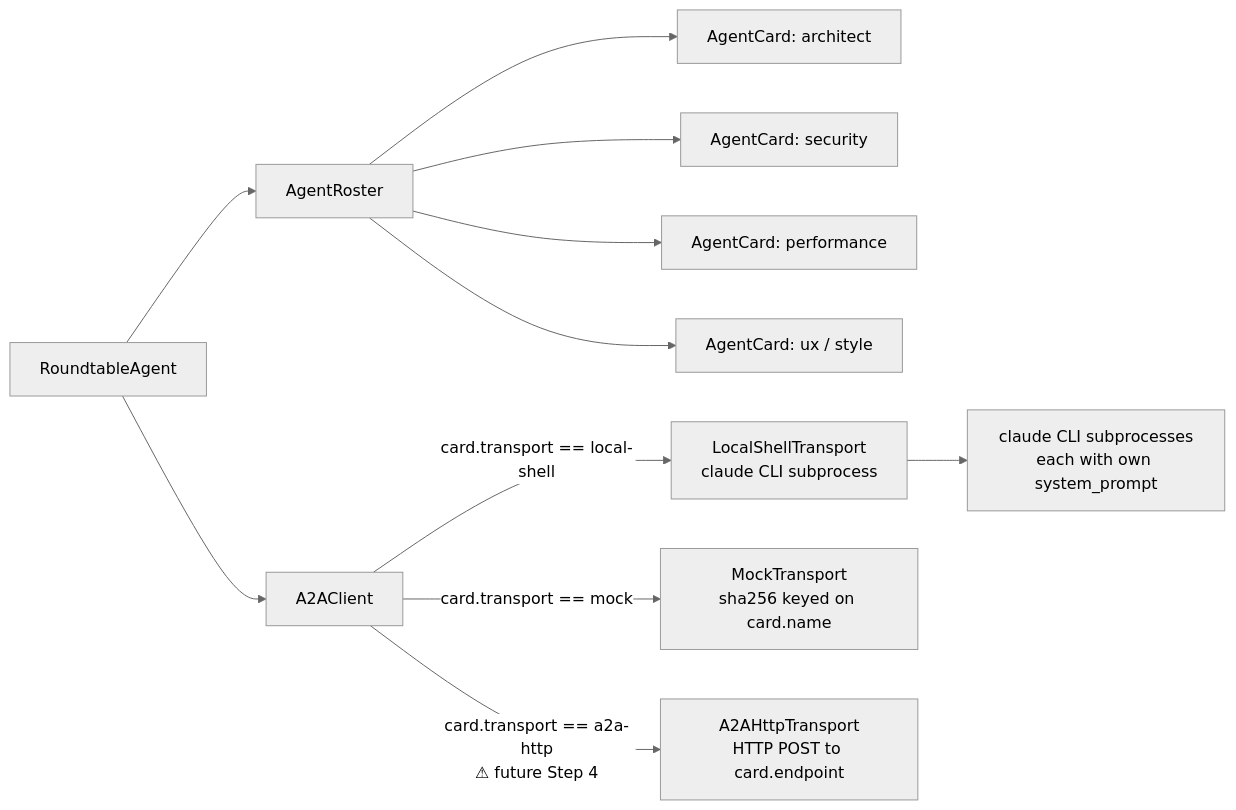
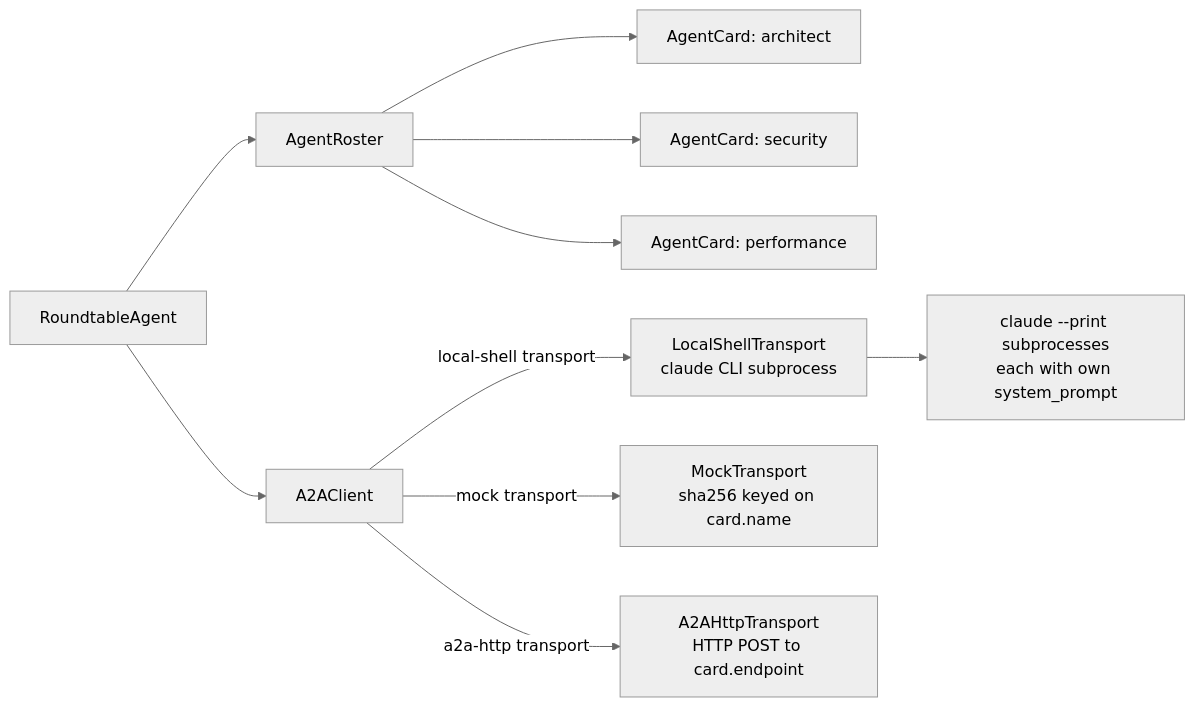
The diagram in docs/architecture.md (merchloubna70-dot/autodev-ai), drawn with Mermaid (neutral theme) before and after one commit. The commit also changed other lines of this file and 10 other files, not shown here.

Commit message:
docs: quickstart + 7 tutorials + architecture + faq + reworked README

````diff
--- a/docs/architecture.md
+++ b/docs/architecture.md
@@ -76,14 +241,13 @@
 ```mermaid
 flowchart LR
   RT[RoundtableAgent]
   RT --> AR[AgentRoster]
   AR --> C1[AgentCard: architect]
   AR --> C2[AgentCard: security]
   AR --> C3[AgentCard: performance]
-  AR --> C4[AgentCard: ux / style]
   RT --> AC[A2AClient]
-  AC -->|card.transport == local-shell| LS[LocalShellTransport\nclaude CLI subprocess]
-  AC -->|card.transport == mock| MT[MockTransport\nsha256 keyed on card.name]
-  AC -->|card.transport == a2a-http\n⚠ future Step 4| HT[A2AHttpTransport\nHTTP POST to card.endpoint]
-  LS --> SUB[claude CLI subprocesses\neach with own system_prompt]
+  AC -->|local-shell transport| LS[LocalShellTransport\nclaude CLI subprocess]
+  AC -->|mock transport| MT[MockTransport\nsha256 keyed on card.name]
+  AC -->|a2a-http transport| HT[A2AHttpTransport\nHTTP POST to card.endpoint]
+  LS --> SUB[claude --print subprocesses\neach with own system_prompt]
 ```
````
